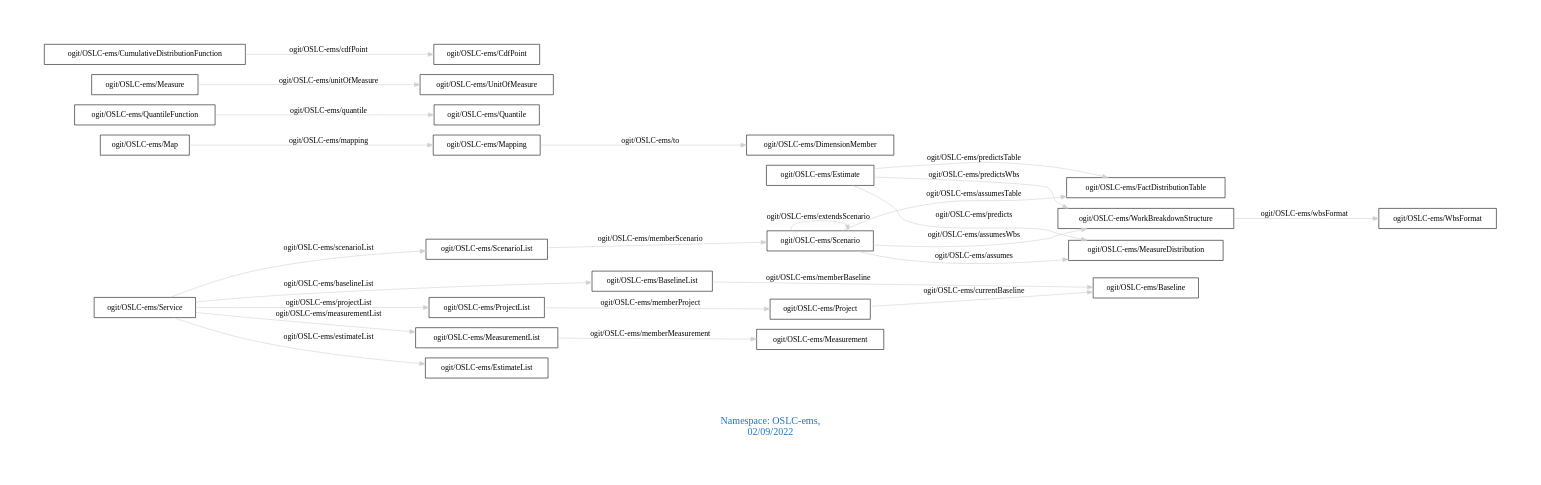
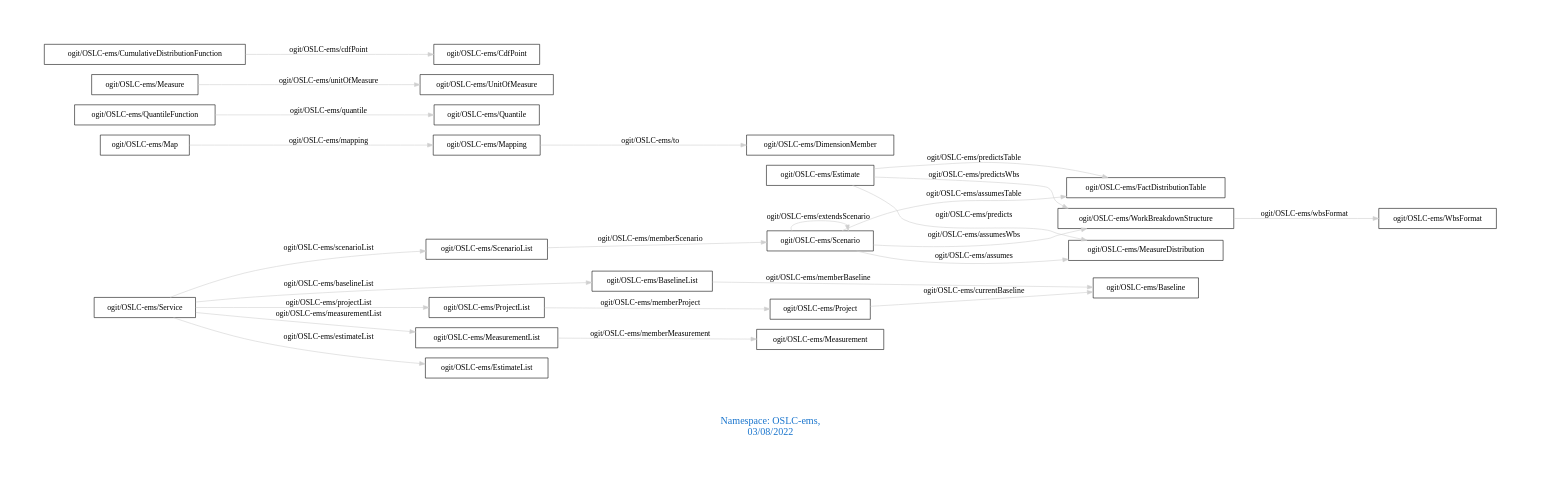
Before and after one commit to arago/OGIT: the diagram in downloads/OSLC-ems.dot, drawn with Graphviz. The commit also changed 1906 other files, not shown here.

```diff
--- a/downloads/OSLC-ems.dot
+++ b/downloads/OSLC-ems.dot
@@ -1,31 +1,31 @@
 digraph OGIT_ontology {
  graph [ rankdir= LR,pad=1 
 fontsize = 18,
-fontcolor= dodgerblue3,label = "\n\n\nNamespace: OSLC-ems, \n 02/09/2022"];
+fontcolor= dodgerblue3,label = "\n\n\nNamespace: OSLC-ems, \n 03/08/2022"];
 node[shape=polygon];
 edge [  color="gray81"];
 
    "ogit/OSLC-ems/Estimate" -> "ogit/OSLC-ems/MeasureDistribution" [label="   ogit/OSLC-ems/predicts    "];
    "ogit/OSLC-ems/Mapping" -> "ogit/OSLC-ems/DimensionMember" [label="   ogit/OSLC-ems/to    "];
    "ogit/OSLC-ems/Service" -> "ogit/OSLC-ems/ProjectList" [label="   ogit/OSLC-ems/projectList    "];
    "ogit/OSLC-ems/QuantileFunction" -> "ogit/OSLC-ems/Quantile" [label="   ogit/OSLC-ems/quantile    "];
    "ogit/OSLC-ems/Service" -> "ogit/OSLC-ems/ScenarioList" [label="   ogit/OSLC-ems/scenarioList    "];
    "ogit/OSLC-ems/Measure" -> "ogit/OSLC-ems/UnitOfMeasure" [label="   ogit/OSLC-ems/unitOfMeasure    "];
    "ogit/OSLC-ems/ScenarioList" -> "ogit/OSLC-ems/Scenario" [label="   ogit/OSLC-ems/memberScenario    "];
    "ogit/OSLC-ems/Estimate" -> "ogit/OSLC-ems/FactDistributionTable" [label="   ogit/OSLC-ems/predictsTable    "];
    "ogit/OSLC-ems/BaselineList" -> "ogit/OSLC-ems/Baseline" [label="   ogit/OSLC-ems/memberBaseline    "];
    "ogit/OSLC-ems/Scenario" -> "ogit/OSLC-ems/WorkBreakdownStructure" [label="   ogit/OSLC-ems/assumesWbs    "];
    "ogit/OSLC-ems/CumulativeDistributionFunction" -> "ogit/OSLC-ems/CdfPoint" [label="   ogit/OSLC-ems/cdfPoint    "];
    "ogit/OSLC-ems/Project" -> "ogit/OSLC-ems/Baseline" [label="   ogit/OSLC-ems/currentBaseline    "];
    "ogit/OSLC-ems/ProjectList" -> "ogit/OSLC-ems/Project" [label="   ogit/OSLC-ems/memberProject    "];
    "ogit/OSLC-ems/Service" -> "ogit/OSLC-ems/BaselineList" [label="   ogit/OSLC-ems/baselineList    "];
    "ogit/OSLC-ems/Estimate" -> "ogit/OSLC-ems/WorkBreakdownStructure" [label="   ogit/OSLC-ems/predictsWbs    "];
    "ogit/OSLC-ems/Map" -> "ogit/OSLC-ems/Mapping" [label="   ogit/OSLC-ems/mapping    "];
    "ogit/OSLC-ems/MeasurementList" -> "ogit/OSLC-ems/Measurement" [label="   ogit/OSLC-ems/memberMeasurement    "];
    "ogit/OSLC-ems/Service" -> "ogit/OSLC-ems/MeasurementList" [label="   ogit/OSLC-ems/measurementList    "];
    "ogit/OSLC-ems/WorkBreakdownStructure" -> "ogit/OSLC-ems/WbsFormat" [label="   ogit/OSLC-ems/wbsFormat    "];
    "ogit/OSLC-ems/Service" -> "ogit/OSLC-ems/EstimateList" [label="   ogit/OSLC-ems/estimateList    "];
    "ogit/OSLC-ems/Scenario" -> "ogit/OSLC-ems/MeasureDistribution" [label="   ogit/OSLC-ems/assumes    "];
    "ogit/OSLC-ems/Scenario" -> "ogit/OSLC-ems/FactDistributionTable" [label="   ogit/OSLC-ems/assumesTable    "];
    "ogit/OSLC-ems/Scenario" -> "ogit/OSLC-ems/Scenario" [label="   ogit/OSLC-ems/extendsScenario    "];
 }
```
